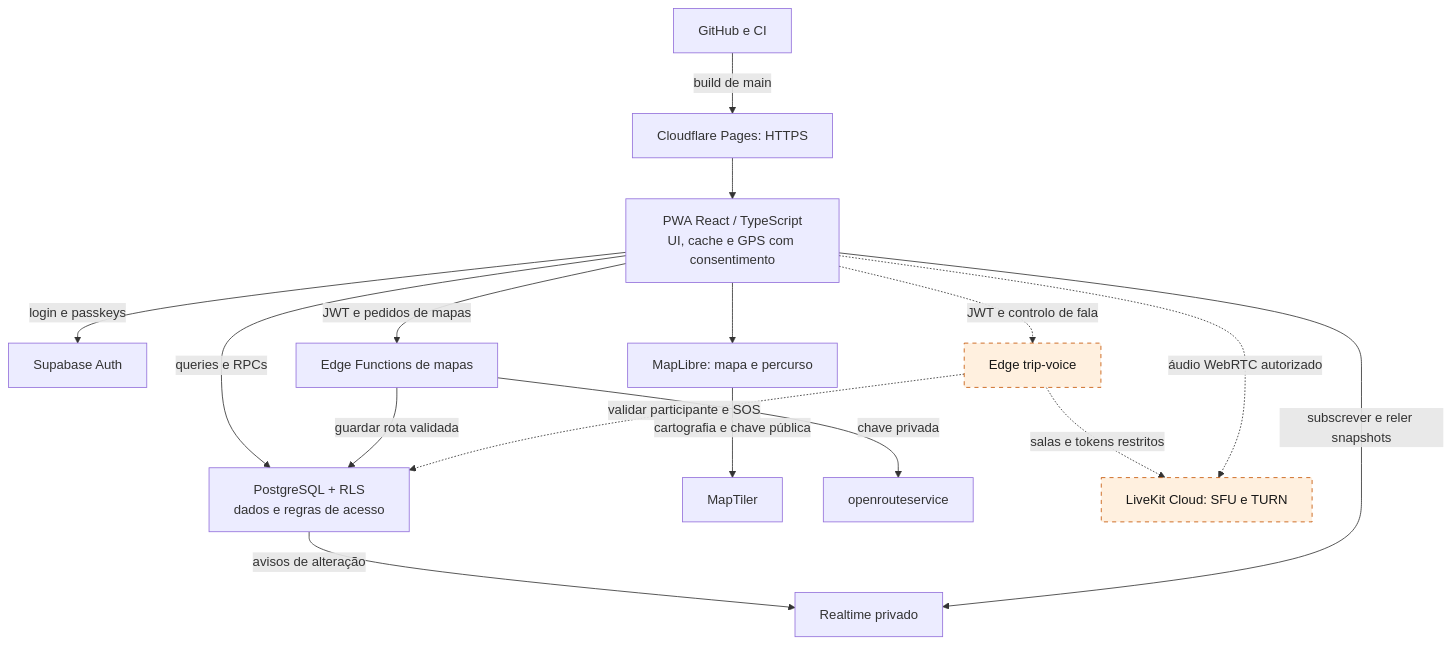
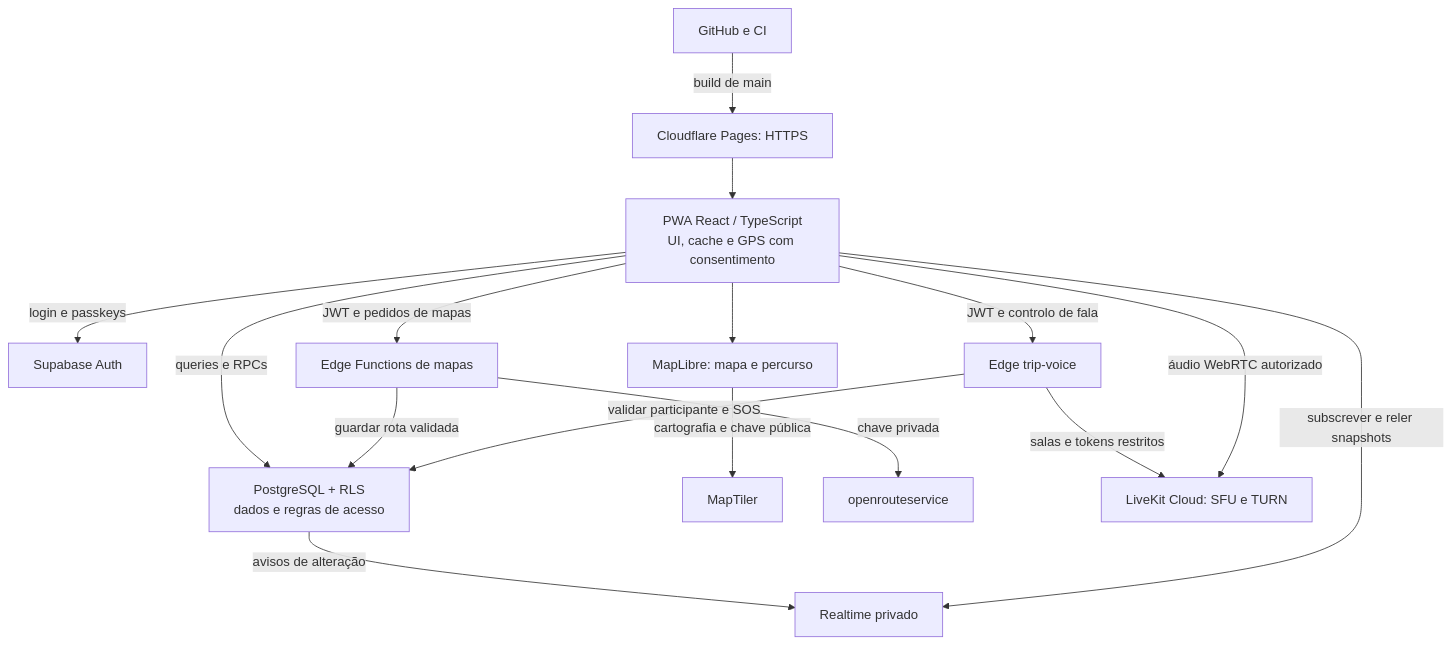
The first of 2 diagrams in README.md (Pedrim-dot-com/rideSync), drawn with Mermaid before and after one commit. The commit also changed other lines of this file and 20 other files, not shown here.

````diff
--- a/README.md
+++ b/README.md
@@ -25,21 +24,19 @@
 ```mermaid
 flowchart TB
     GH["GitHub e CI"] -->|"build de main"| CF["Cloudflare Pages: HTTPS"]
     CF --> PWA["PWA React / TypeScript<br/>UI, cache e GPS com consentimento"]
     PWA -->|"login e passkeys"| AUTH["Supabase Auth"]
     PWA -->|"queries e RPCs"| DB["PostgreSQL + RLS<br/>dados e regras de acesso"]
     DB -->|"avisos de alteração"| RT["Realtime privado"]
     PWA -->|"subscrever e reler snapshots"| RT
     PWA --> MAP["MapLibre: mapa e percurso"]
     MAP -->|"cartografia e chave pública"| MT["MapTiler"]
     PWA -->|"JWT e pedidos de mapas"| MAPAPI["Edge Functions de mapas"]
     MAPAPI -->|"chave privada"| ORS["openrouteservice"]
     MAPAPI -->|"guardar rota validada"| DB
-    PWA -.->|"JWT e controlo de fala"| VOICEAPI["Edge trip-voice"]
-    VOICEAPI -.->|"validar participante e SOS"| DB
-    VOICEAPI -.->|"salas e tokens restritos"| LK["LiveKit Cloud: SFU e TURN"]
-    PWA -.->|"áudio WebRTC autorizado"| LK
+    PWA -->|"JWT e controlo de fala"| VOICEAPI["Edge trip-voice"]
+    VOICEAPI -->|"validar participante e SOS"| DB
+    VOICEAPI -->|"salas e tokens restritos"| LK["LiveKit Cloud: SFU e TURN"]
+    PWA -->|"áudio WebRTC autorizado"| LK
 
-    classDef pending fill:#fff0df,stroke:#c55400,stroke-dasharray:5 5,color:#171717
-    class VOICEAPI,LK pending
 ```
````
